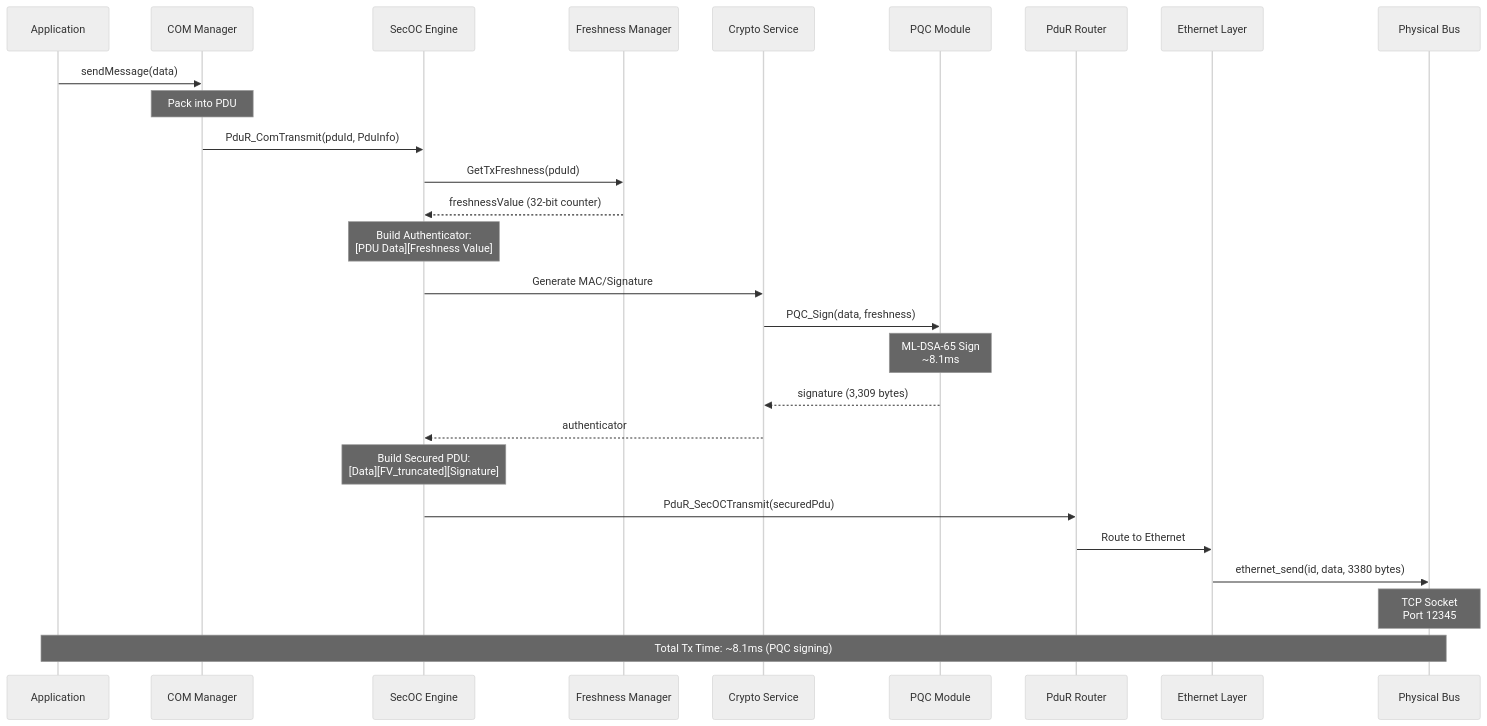
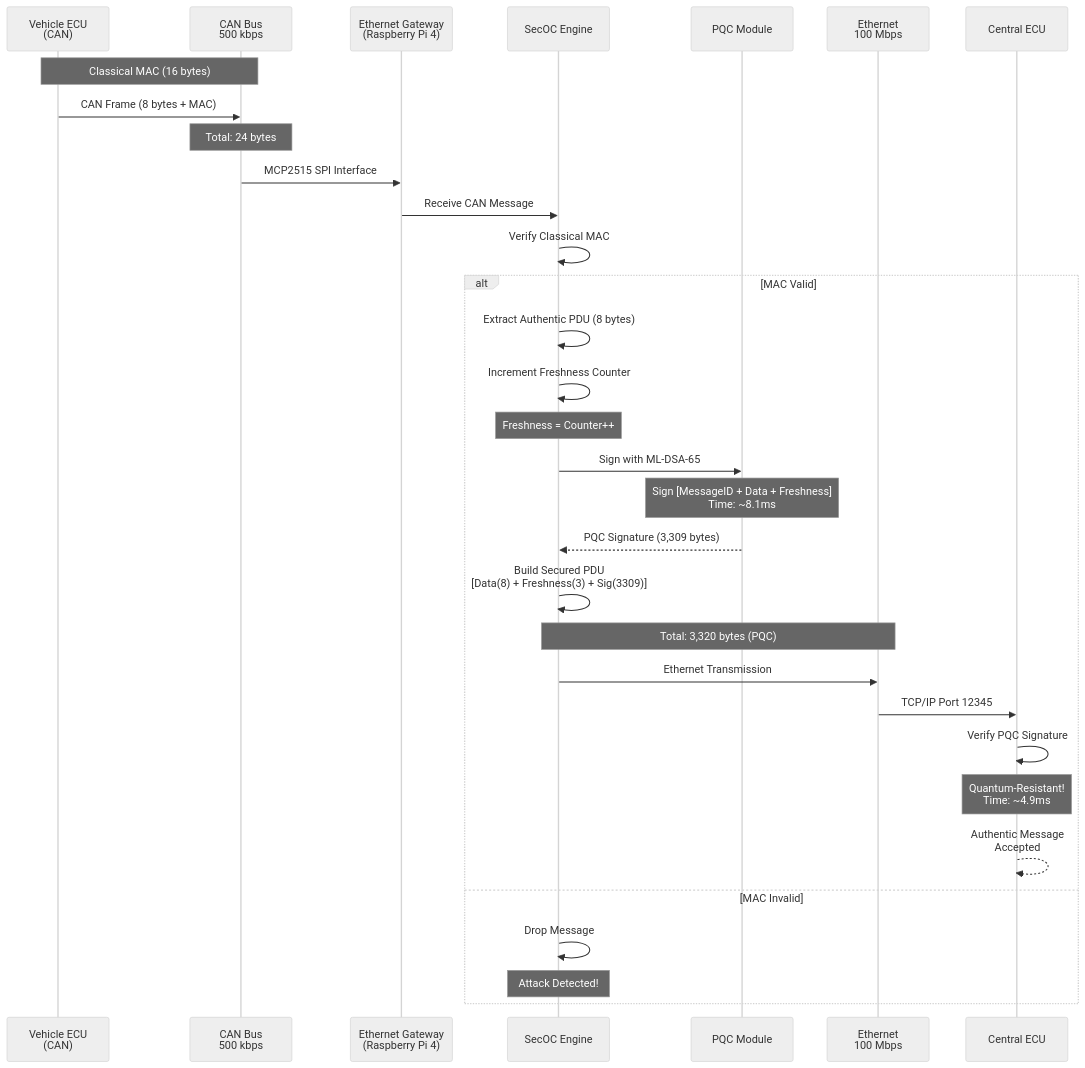
Before and after one commit to longluubao/computer_engineering_project: the second of 15 diagrams in Autosar_SecOC/DIAGRAMS.md, drawn with Mermaid (neutral theme). The commit also changed other lines of this file and 41 other files, not shown here.

First line of the commit message:
Update diagrams and documentation for PQC Ethernet gateway

````diff
--- a/Autosar_SecOC/DIAGRAMS.md
+++ b/Autosar_SecOC/DIAGRAMS.md
@@ -134,39 +69,42 @@
 ```mermaid
 sequenceDiagram
-    participant APP as Application
-    participant COM as COM Manager
+    participant ECU as Vehicle ECU<br/>(CAN)
+    participant CAN as CAN Bus<br/>500 kbps
+    participant GW as Ethernet Gateway<br/>(Raspberry Pi 4)
     participant SecOC as SecOC Engine
-    participant FVM as Freshness Manager
-    participant CSM as Crypto Service
     participant PQC as PQC Module
-    participant PduR as PduR Router
-    participant ETH as Ethernet Layer
-    participant BUS as Physical Bus
+    participant ETH as Ethernet<br/>100 Mbps
+    participant Backend as Central ECU
 
-    APP->>COM: sendMessage(data)
-    Note over COM: Pack into PDU
+    Note over ECU,CAN: Classical MAC (16 bytes)
+    ECU->>CAN: CAN Frame (8 bytes + MAC)
+    Note over CAN: Total: 24 bytes
 
-    COM->>SecOC: PduR_ComTransmit(pduId, PduInfo)
+    CAN->>GW: MCP2515 SPI Interface
+    GW->>SecOC: Receive CAN Message
+    SecOC->>SecOC: Verify Classical MAC
 
-    SecOC->>FVM: GetTxFreshness(pduId)
-    FVM-->>SecOC: freshnessValue (32-bit counter)
+    alt MAC Valid
+        SecOC->>SecOC: Extract Authentic PDU (8 bytes)
+        SecOC->>SecOC: Increment Freshness Counter
+        Note over SecOC: Freshness = Counter++
 
-    Note over SecOC: Build Authenticator:<br/>[PDU Data][Freshness Value]
+        SecOC->>PQC: Sign with ML-DSA-65
+        Note over PQC: Sign [MessageID + Data + Freshness]<br/>Time: ~8.1ms
 
-    SecOC->>CSM: Generate MAC/Signature
-    CSM->>PQC: PQC_Sign(data, freshness)
+        PQC-->>SecOC: PQC Signature (3,309 bytes)
+        SecOC->>SecOC: Build Secured PDU<br/>[Data(8) + Freshness(3) + Sig(3309)]
 
-    Note over PQC: ML-DSA-65 Sign<br/>~8.1ms
-    PQC-->>CSM: signature (3,309 bytes)
-    CSM-->>SecOC: authenticator
+        Note over SecOC,ETH: Total: 3,320 bytes (PQC)
+        SecOC->>ETH: Ethernet Transmission
+        ETH->>Backend: TCP/IP Port 12345
 
-    Note over SecOC: Build Secured PDU:<br/>[Data][FV_truncated][Signature]
+        Backend->>Backend: Verify PQC Signature
+        Note over Backend: Quantum-Resistant!<br/>Time: ~4.9ms
 
-    SecOC->>PduR: PduR_SecOCTransmit(securedPdu)
-    PduR->>ETH: Route to Ethernet
-
-    ETH->>BUS: ethernet_send(id, data, 3380 bytes)
-    Note over BUS: TCP Socket<br/>Port 12345
-
-    Note over APP,BUS: Total Tx Time: ~8.1ms (PQC signing)
+        Backend-->>Backend: Authentic Message<br/>Accepted
+    else MAC Invalid
+        SecOC->>SecOC: Drop Message
+        Note over SecOC: Attack Detected!
+    end
 ```
````
